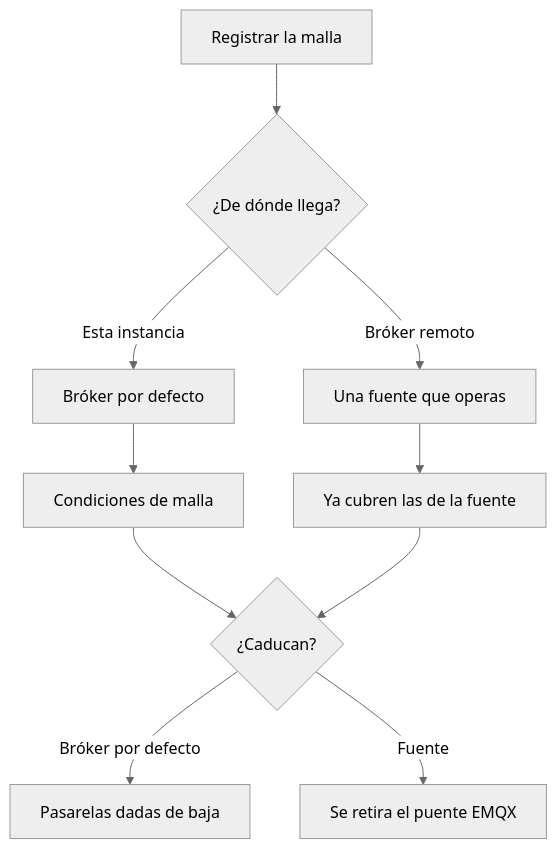
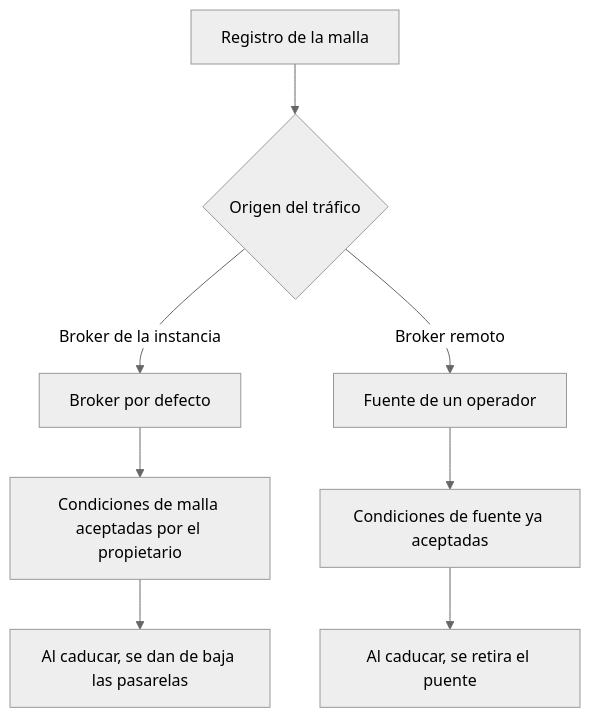
One commit to sensical-coop/mesh-things-apps changed the diagram in apps/web/content/docs/es/meshes.mdx. Above: the diagram before and after it, drawn with Mermaid (neutral theme). The commit also changed other lines of this file and 27 other files, not shown here.

````diff
--- a/apps/web/content/docs/es/meshes.mdx
+++ b/apps/web/content/docs/es/meshes.mdx
@@ -10,12 +10,10 @@
 ```mermaid
 flowchart TD
-  create["Registrar la malla"] --> where{"¿De dónde llega?"}
-  where -->|Esta instancia| own["Bróker por defecto"]
-  where -->|Bróker remoto| source["Una fuente que operas"]
-  own --> meshTerms["Condiciones de malla"]
-  source --> sourceTerms["Ya cubren las de la fuente"]
-  meshTerms --> lapse{"¿Caducan?"}
-  sourceTerms --> lapse
-  lapse -->|Bróker por defecto| pauseMesh["Pasarelas dadas de baja"]
-  lapse -->|Fuente| pauseBridge["Se retira el puente EMQX"]
+  create["Registro de la malla"] --> origin{"Origen del tráfico"}
+  origin -->|Broker de la instancia| own["Broker por defecto"]
+  origin -->|Broker remoto| source["Fuente de un operador"]
+  own --> meshTerms["Condiciones de malla aceptadas por el propietario"]
+  source --> sourceTerms["Condiciones de fuente ya aceptadas"]
+  meshTerms --> lapsedMesh["Al caducar, se dan de baja las pasarelas"]
+  sourceTerms --> lapsedSource["Al caducar, se retira el puente"]
 ```
````
